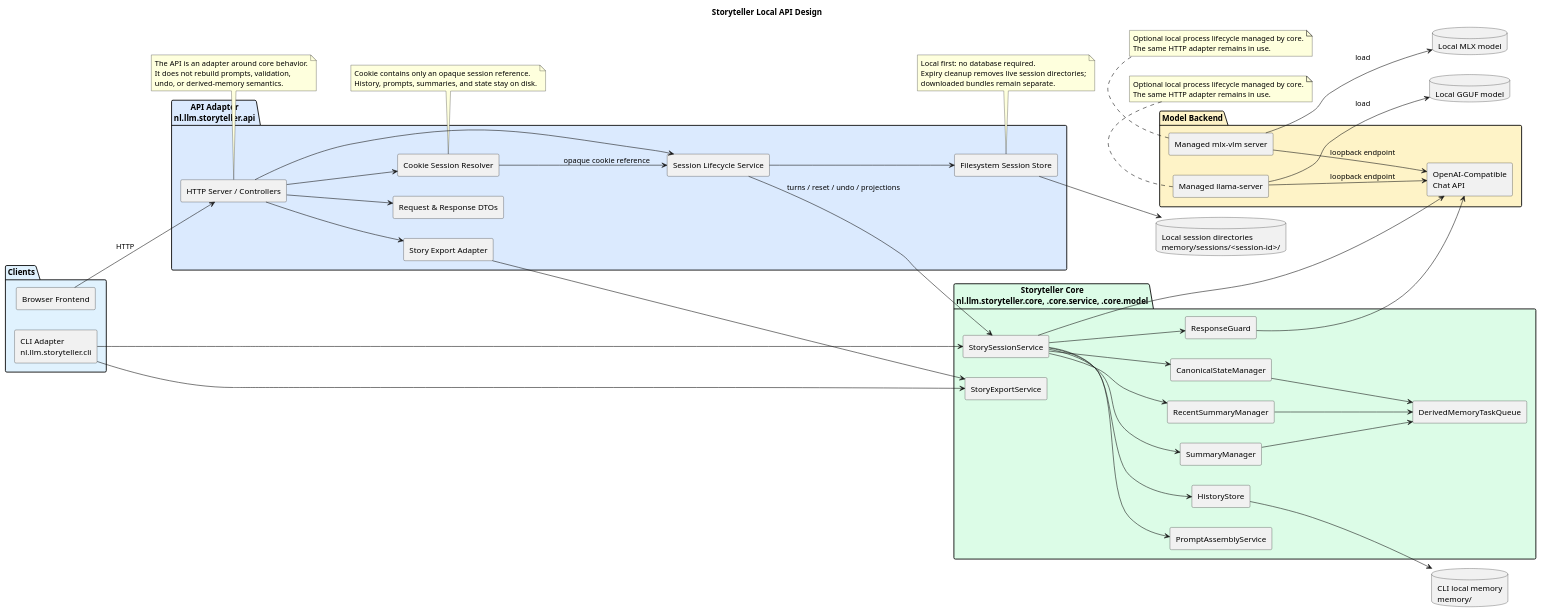
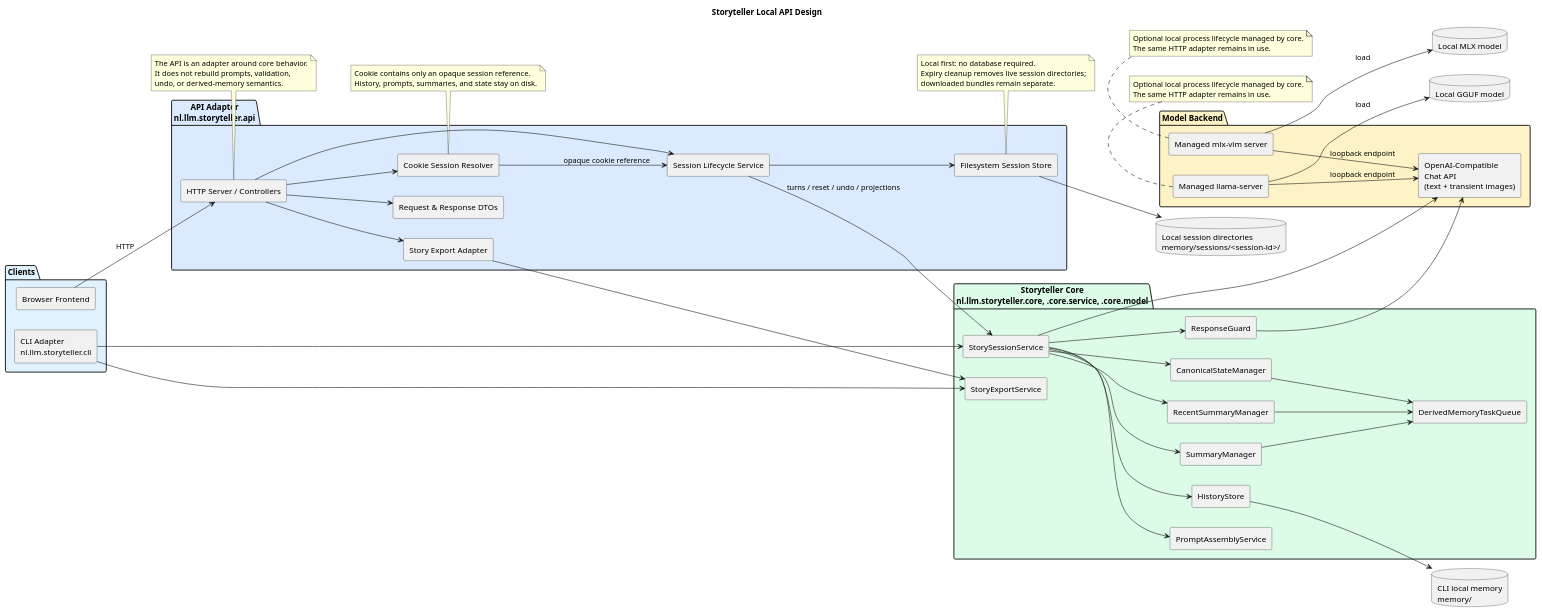
One commit to jbrugman/Assistant changed the diagram in docs/architecture/03-storyteller-api-design.puml. Above: the diagram before and after it, drawn with PlantUML. The commit also changed 15 other files, not shown here.

```diff
--- a/docs/architecture/03-storyteller-api-design.puml
+++ b/docs/architecture/03-storyteller-api-design.puml
@@ -1,103 +1,103 @@
 @startuml
 title Storyteller Local API Design
 
 left to right direction
 skinparam shadowing false
 skinparam componentStyle rectangle
 skinparam defaultFontName Arial
 
 package "Clients" #E0F2FE {
   [CLI Adapter\nnl.llm.storyteller.cli]
   [Browser Frontend]
 }
 
 package "API Adapter\nnl.llm.storyteller.api" #DBEAFE {
   [HTTP Server / Controllers]
   [Request & Response DTOs]
   [Cookie Session Resolver]
   [Session Lifecycle Service]
   [Filesystem Session Store]
   [Story Export Adapter]
 }
 
 package "Storyteller Core\nnl.llm.storyteller.core, .core.service, .core.model" #DCFCE7 {
   [StorySessionService]
   [PromptAssemblyService]
   [ResponseGuard]
   [HistoryStore]
   [SummaryManager]
   [RecentSummaryManager]
   [CanonicalStateManager]
   [DerivedMemoryTaskQueue]
   [StoryExportService]
 }
 
 package "Model Backend" #FEF3C7 {
-  [OpenAI-Compatible\nChat API]
+  [OpenAI-Compatible\nChat API\n(text + transient images)]
   [Managed llama-server]
   [Managed mlx-vlm server]
 }
 
 database "Local session directories\nmemory/sessions/<session-id>/" as SessionFiles
 database "CLI local memory\nmemory/" as CliFiles
 database "Local GGUF model" as GgufModel
 database "Local MLX model" as MlxModel
 
 [Browser Frontend] --> [HTTP Server / Controllers] : HTTP
 [HTTP Server / Controllers] --> [Request & Response DTOs]
 [HTTP Server / Controllers] --> [Cookie Session Resolver]
 [HTTP Server / Controllers] --> [Session Lifecycle Service]
 [HTTP Server / Controllers] --> [Story Export Adapter]
 [Cookie Session Resolver] --> [Session Lifecycle Service] : opaque cookie reference
 [Session Lifecycle Service] --> [Filesystem Session Store]
 [Filesystem Session Store] --> SessionFiles
 [Session Lifecycle Service] --> [StorySessionService] : turns / reset / undo / projections
 [Story Export Adapter] --> [StoryExportService]
 
 [CLI Adapter\nnl.llm.storyteller.cli] --> [StorySessionService]
 [CLI Adapter\nnl.llm.storyteller.cli] --> [StoryExportService]
 [HistoryStore] --> CliFiles
 
 [StorySessionService] --> [PromptAssemblyService]
 [StorySessionService] --> [ResponseGuard]
 [StorySessionService] --> [HistoryStore]
 [StorySessionService] --> [SummaryManager]
 [StorySessionService] --> [RecentSummaryManager]
 [StorySessionService] --> [CanonicalStateManager]
 [SummaryManager] --> [DerivedMemoryTaskQueue]
 [RecentSummaryManager] --> [DerivedMemoryTaskQueue]
 [CanonicalStateManager] --> [DerivedMemoryTaskQueue]
-[ResponseGuard] --> [OpenAI-Compatible\nChat API]
-[StorySessionService] --> [OpenAI-Compatible\nChat API]
-[Managed llama-server] --> [OpenAI-Compatible\nChat API] : loopback endpoint
+[ResponseGuard] --> [OpenAI-Compatible\nChat API\n(text + transient images)]
+[StorySessionService] --> [OpenAI-Compatible\nChat API\n(text + transient images)]
+[Managed llama-server] --> [OpenAI-Compatible\nChat API\n(text + transient images)] : loopback endpoint
 [Managed llama-server] --> GgufModel : load
-[Managed mlx-vlm server] --> [OpenAI-Compatible\nChat API] : loopback endpoint
+[Managed mlx-vlm server] --> [OpenAI-Compatible\nChat API\n(text + transient images)] : loopback endpoint
 [Managed mlx-vlm server] --> MlxModel : load
 
 note bottom of [Cookie Session Resolver]
 Cookie contains only an opaque session reference.
 History, prompts, summaries, and state stay on disk.
 end note
 
 note bottom of [HTTP Server / Controllers]
 The API is an adapter around core behavior.
 It does not rebuild prompts, validation,
 undo, or derived-memory semantics.
 end note
 
 note bottom of [Managed llama-server]
 Optional local process lifecycle managed by core.
 The same HTTP adapter remains in use.
 end note
 
 note bottom of [Managed mlx-vlm server]
 Optional local process lifecycle managed by core.
 The same HTTP adapter remains in use.
 end note
 
 note bottom of [Filesystem Session Store]
 Local first: no database required.
 Expiry cleanup removes live session directories;
 downloaded bundles remain separate.
 end note
 @enduml
```
